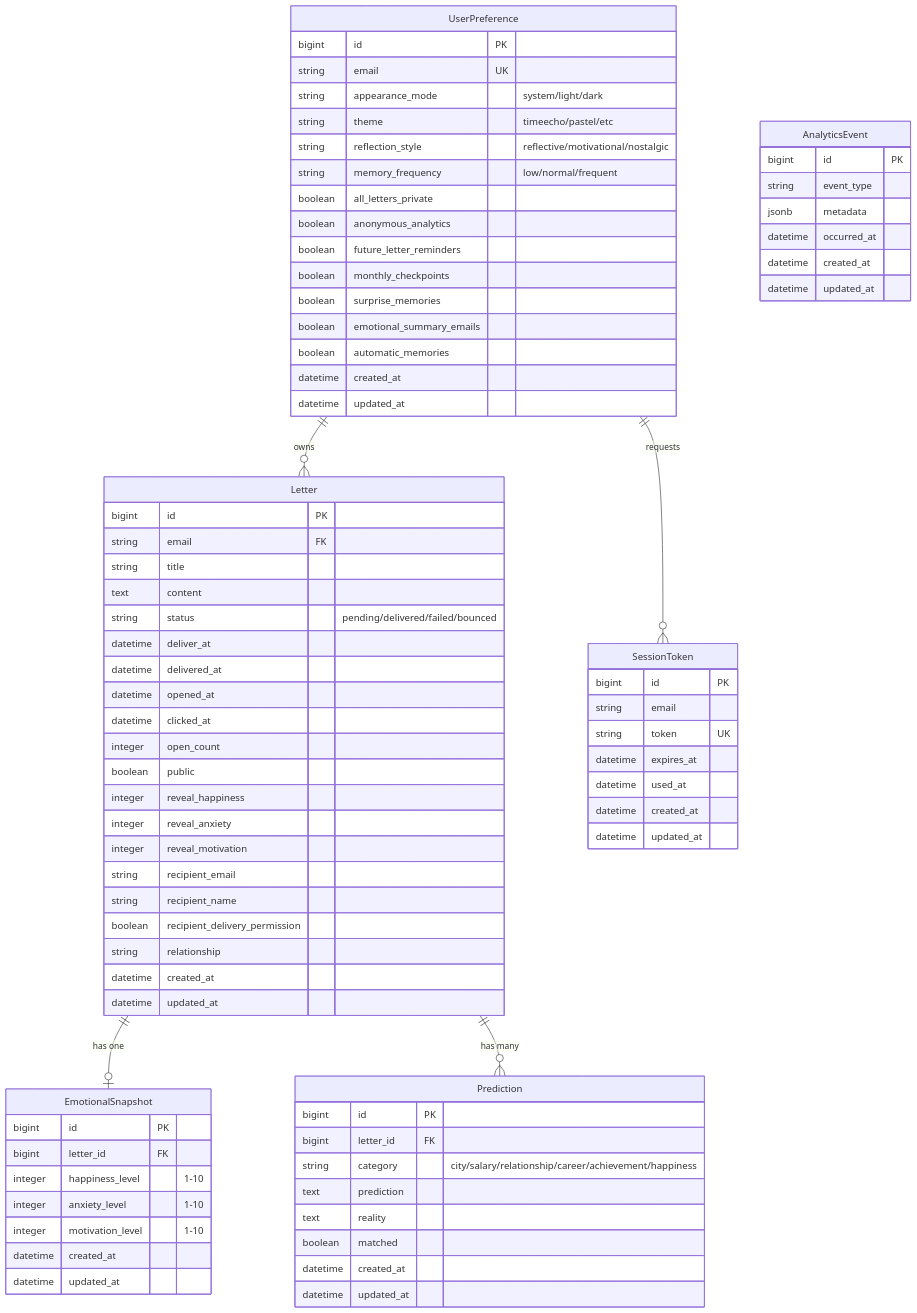
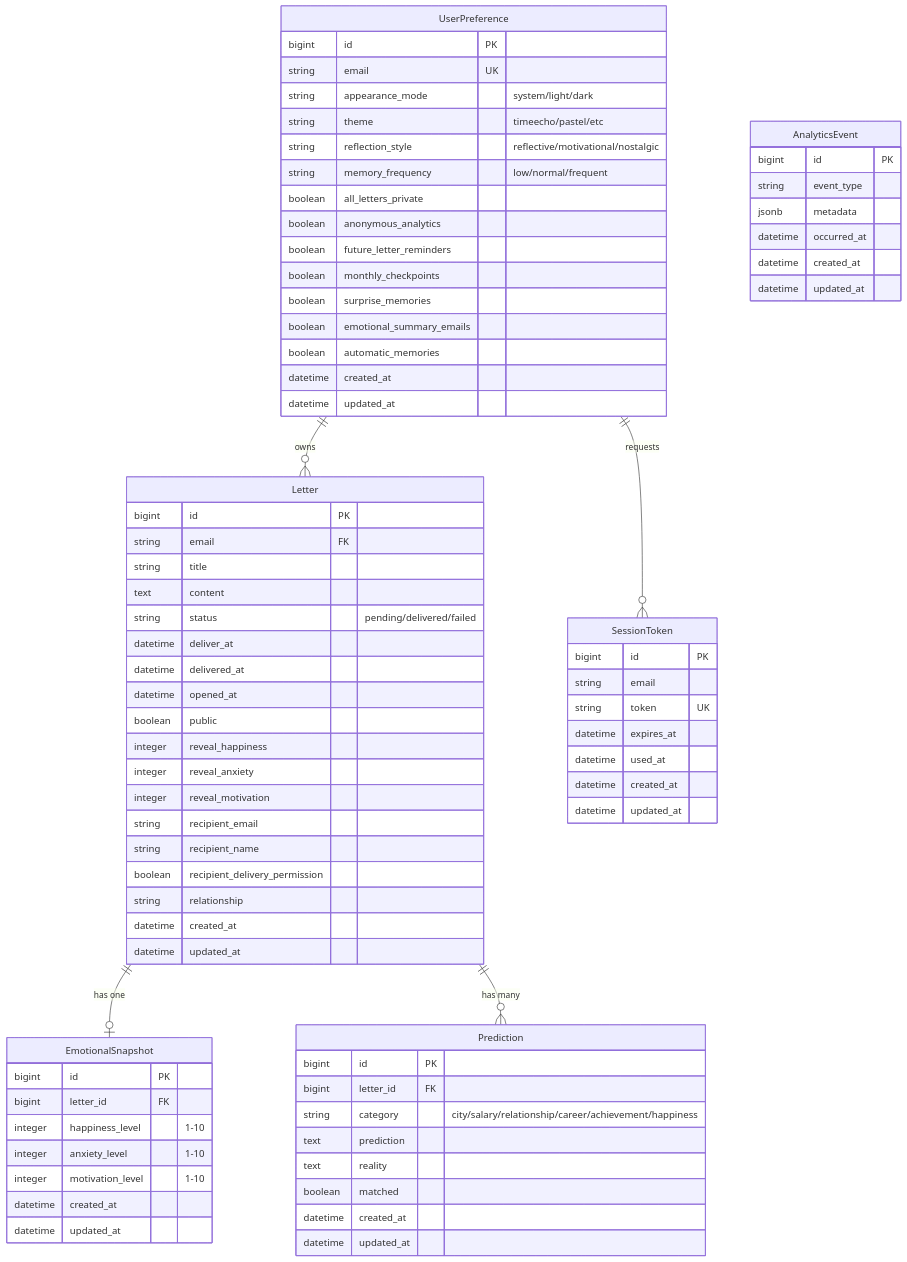
The third of 6 diagrams in docs/architecture.md (nmenag/time_echo), drawn with Mermaid before and after one commit. The commit also changed other lines of this file and 29 other files, not shown here.

```diff
--- a/docs/architecture.md
+++ b/docs/architecture.md
@@ -184,12 +183,10 @@
         string email FK
         string title
         text content
-        string status "pending/delivered/failed/bounced"
+        string status "pending/delivered/failed"
         datetime deliver_at
         datetime delivered_at
         datetime opened_at
-        datetime clicked_at
-        integer open_count
         boolean public
         integer reveal_happiness
         integer reveal_anxiety
```
